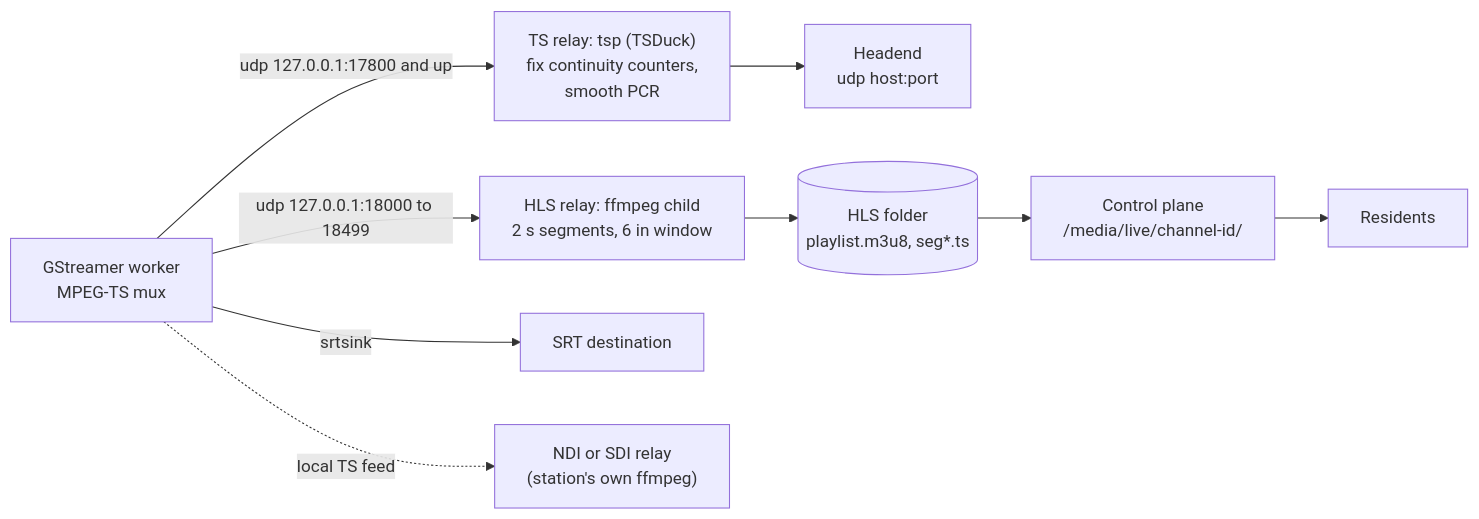
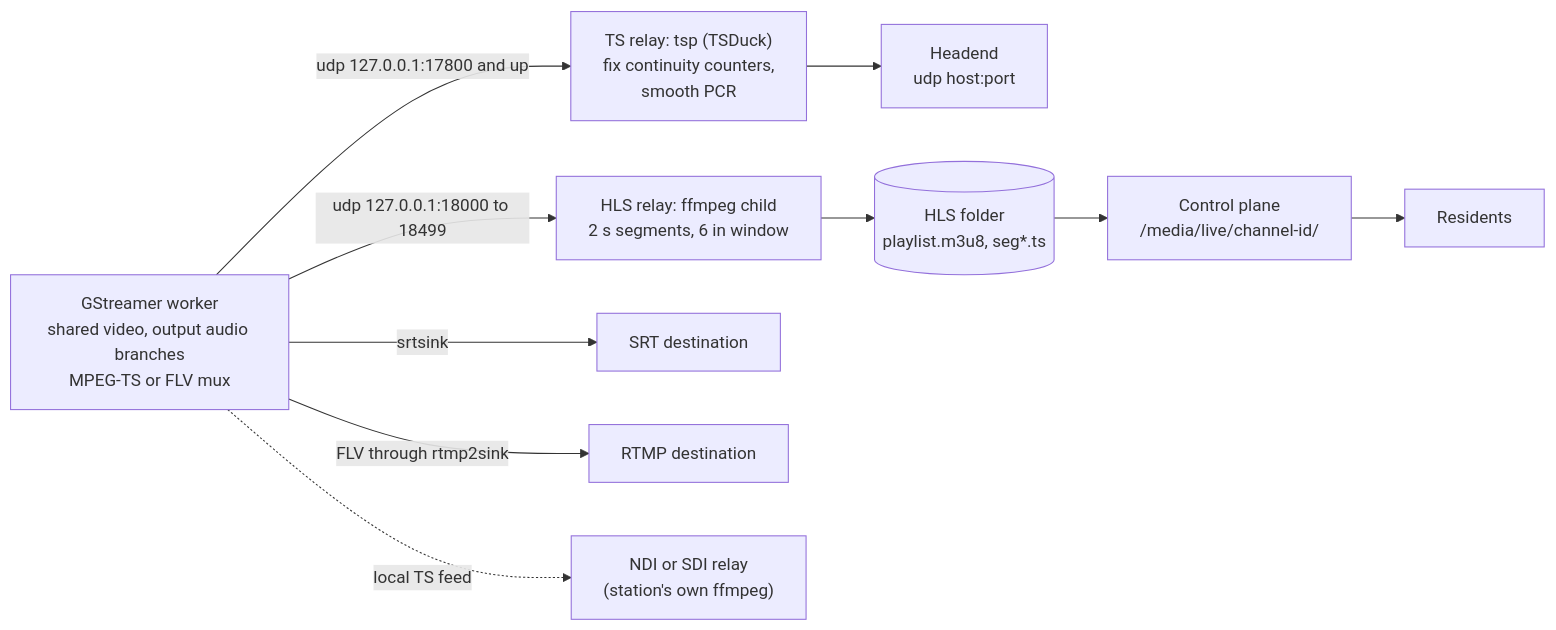
Before and after one commit to scottconverse/civiccast-native: diagram 11 of 16 in docs/manual/src/30-architecture.md, drawn with Mermaid. The commit also changed other lines of this file and 59 other files, not shown here.

````diff
--- a/docs/manual/src/30-architecture.md
+++ b/docs/manual/src/30-architecture.md
@@ -564,17 +566,19 @@
 ```mermaid
 flowchart LR
-    WK["GStreamer worker<br/>MPEG-TS mux"]
+    WK["GStreamer worker<br/>shared video, output audio branches<br/>MPEG-TS or FLV mux"]
     TSP["TS relay: tsp (TSDuck)<br/>fix continuity counters,<br/>smooth PCR"]
     HEAD["Headend<br/>udp host:port"]
     HR["HLS relay: ffmpeg child<br/>2 s segments, 6 in window"]
     DIR[("HLS folder<br/>playlist.m3u8, seg*.ts")]
     MED["Control plane<br/>/media/live/channel-id/"]
     RES["Residents"]
     SRT["SRT destination"]
+    RTMP["RTMP destination"]
     BYO["NDI or SDI relay<br/>(station's own ffmpeg)"]
 
     WK -->|udp 127.0.0.1:17800 and up| TSP --> HEAD
     WK -->|udp 127.0.0.1:18000 to 18499| HR --> DIR --> MED --> RES
     WK -->|srtsink| SRT
+    WK -->|FLV through rtmp2sink| RTMP
     WK -.->|local TS feed| BYO
 ```
````
